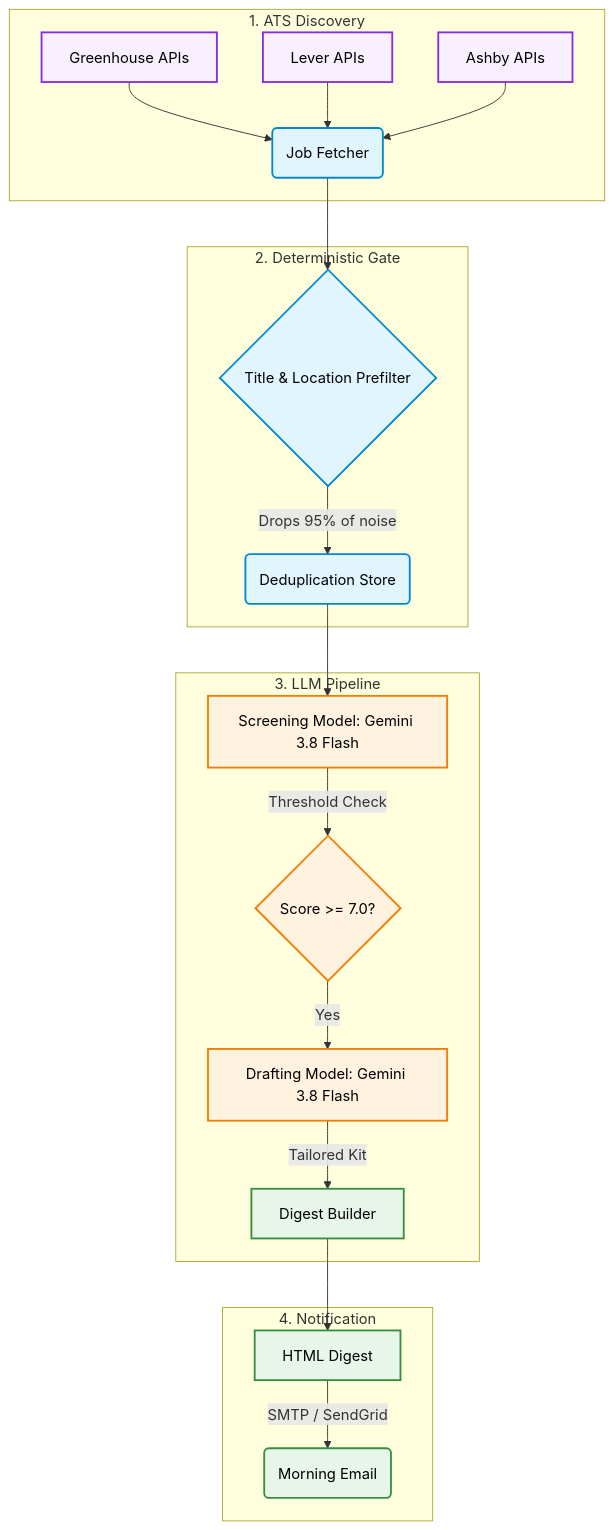
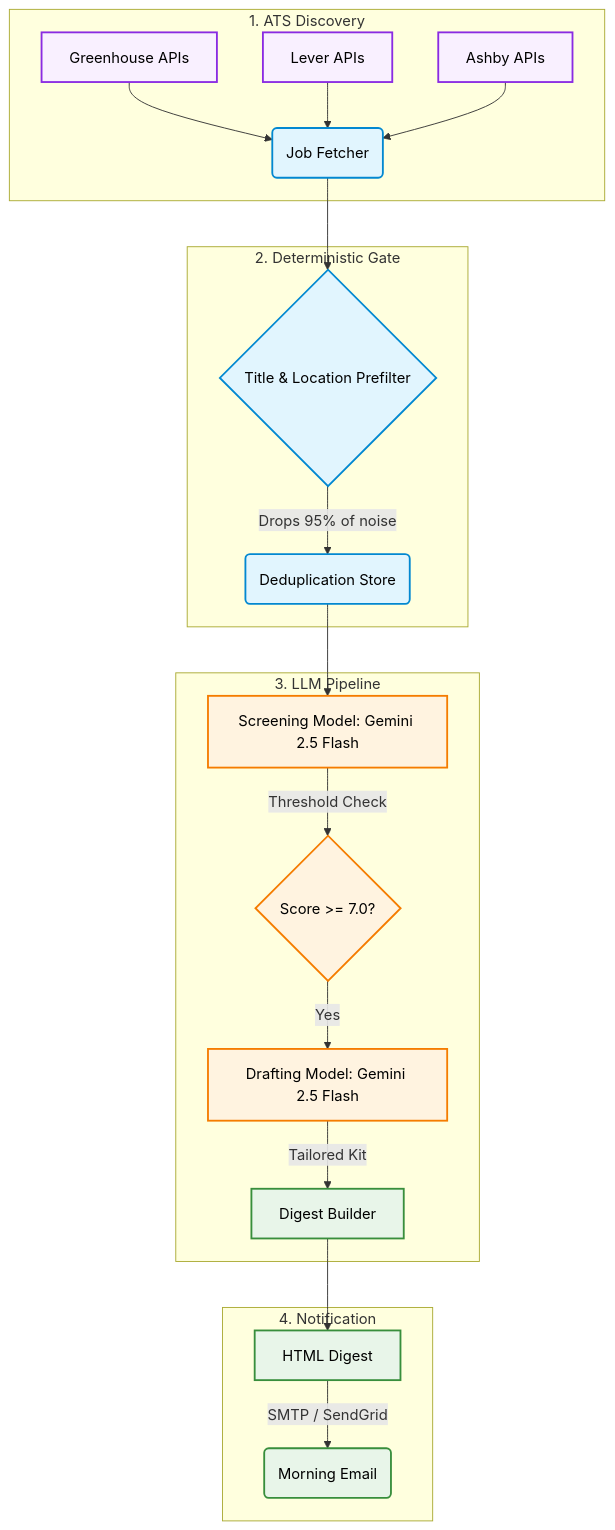
Before and after one commit to Shashank17singh/JobHunt: the diagram in README.md, drawn with Mermaid. The commit also changed other lines of this file, not shown here.

````diff
--- a/README.md
+++ b/README.md
@@ -15,35 +17,35 @@
 ```mermaid
 graph TD
     subgraph "1. ATS Discovery"
     A[Greenhouse APIs] --> D(Job Fetcher)
     B[Lever APIs] --> D
     C[Ashby APIs] --> D
     end
 
     subgraph "2. Deterministic Gate"
     D --> E{Title & Location Prefilter}
     E -->|Drops 95% of noise| F(Deduplication Store)
     end
 
     subgraph "3. LLM Pipeline"
-    F --> G[Screening Model: Gemini 3.8 Flash]
+    F --> G[Screening Model: Gemini 2.5 Flash]
     G -->|Threshold Check| H{Score >= 7.0?}
-    H -->|Yes| I[Drafting Model: Gemini 3.8 Flash]
+    H -->|Yes| I[Drafting Model: Gemini 2.5 Flash]
     I -->|Tailored Kit| J[Digest Builder]
     end
 
     subgraph "4. Notification"
     J --> K[HTML Digest]
     K -->|SMTP / SendGrid| L(Morning Email)
     end
 
     classDef source fill:#f9f0ff,stroke:#8a2be2,stroke-width:2px,color:#000;
     classDef core fill:#e1f5fe,stroke:#0288d1,stroke-width:2px,color:#000;
     classDef llm fill:#fff3e0,stroke:#f57c00,stroke-width:2px,color:#000;
     classDef ui fill:#e8f5e9,stroke:#388e3c,stroke-width:2px,color:#000;
 
     class A,B,C source;
     class D,E,F core;
     class G,H,I llm;
     class J,K,L ui;
 ```
````
